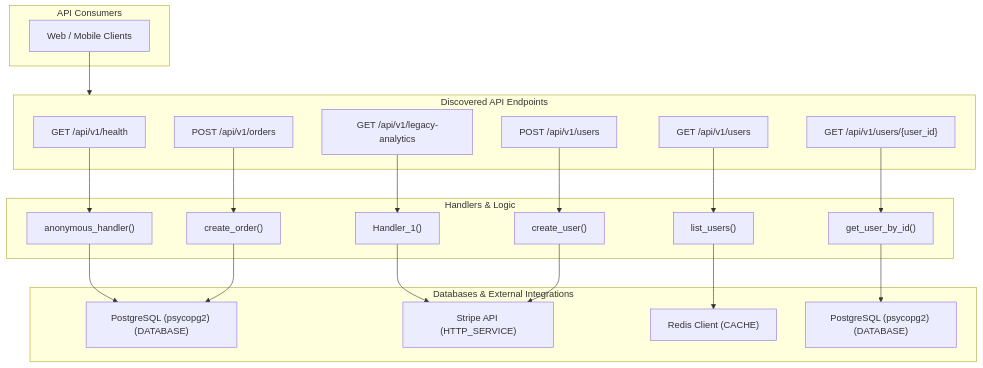
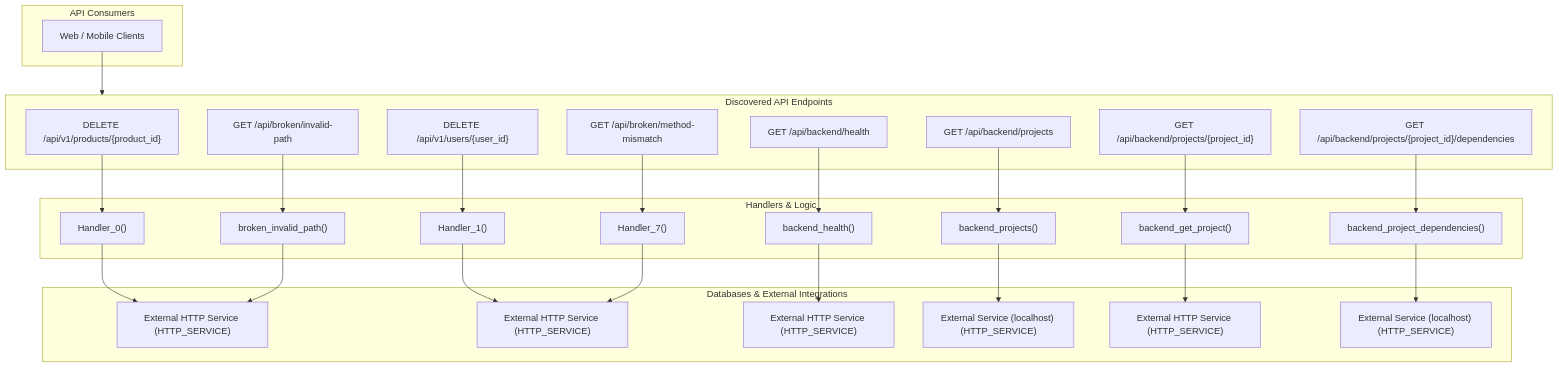
Before and after one commit to nehaghodke206/NexMind: the diagram in reports/repository-inventory/INTEGRATION_MAP.md, drawn with Mermaid. The commit also changed other lines of this file and 195 other files, not shown here.

````diff
--- a/reports/repository-inventory/INTEGRATION_MAP.md
+++ b/reports/repository-inventory/INTEGRATION_MAP.md
@@ -7,46 +7,56 @@
 ```mermaid
 flowchart TD
     subgraph Client [API Consumers]
         Web[Web / Mobile Clients]
     end
 
     subgraph Endpoints [Discovered API Endpoints]
-        EP0["GET /api/v1/health"]
-        EP1["GET /api/v1/legacy-analytics"]
-        EP2["GET /api/v1/users"]
-        EP3["GET /api/v1/users/{user_id}"]
-        EP4["POST /api/v1/orders"]
-        EP5["POST /api/v1/users"]
+        EP0["DELETE /api/v1/products/{product_id}"]
+        EP1["DELETE /api/v1/users/{user_id}"]
+        EP2["GET /api/backend/health"]
+        EP3["GET /api/backend/projects"]
+        EP4["GET /api/backend/projects/{project_id}"]
+        EP5["GET /api/backend/projects/{project_id}/dependencies"]
+        EP6["GET /api/broken/invalid-path"]
+        EP7["GET /api/broken/method-mismatch"]
     end
 
     subgraph Services [Handlers & Logic]
-        H0["anonymous_handler()"]
+        H0["Handler_0()"]
         H1["Handler_1()"]
-        H2["list_users()"]
-        H3["get_user_by_id()"]
-        H4["create_order()"]
-        H5["create_user()"]
+        H2["backend_health()"]
+        H3["backend_projects()"]
+        H4["backend_get_project()"]
+        H5["backend_project_dependencies()"]
+        H6["broken_invalid_path()"]
+        H7["Handler_7()"]
     end
 
     subgraph External [Databases & External Integrations]
-        INT0["PostgreSQL (psycopg2) (DATABASE)"]
-        INT1["Stripe API (HTTP_SERVICE)"]
-        INT2["Redis Client (CACHE)"]
-        INT3["PostgreSQL (psycopg2) (DATABASE)"]
+        INT0["External HTTP Service (HTTP_SERVICE)"]
+        INT1["External HTTP Service (HTTP_SERVICE)"]
+        INT2["External HTTP Service (HTTP_SERVICE)"]
+        INT3["External Service (localhost) (HTTP_SERVICE)"]
+        INT4["External HTTP Service (HTTP_SERVICE)"]
+        INT5["External Service (localhost) (HTTP_SERVICE)"]
     end
 
     %% Connections
     Web --> Endpoints
     EP0 --> H0
     H0 --> INT0
     EP1 --> H1
     H1 --> INT1
     EP2 --> H2
     H2 --> INT2
     EP3 --> H3
     H3 --> INT3
     EP4 --> H4
-    H4 --> INT0
+    H4 --> INT4
     EP5 --> H5
-    H5 --> INT1
+    H5 --> INT5
+    EP6 --> H6
+    H6 --> INT0
+    EP7 --> H7
+    H7 --> INT1
 ```
````
